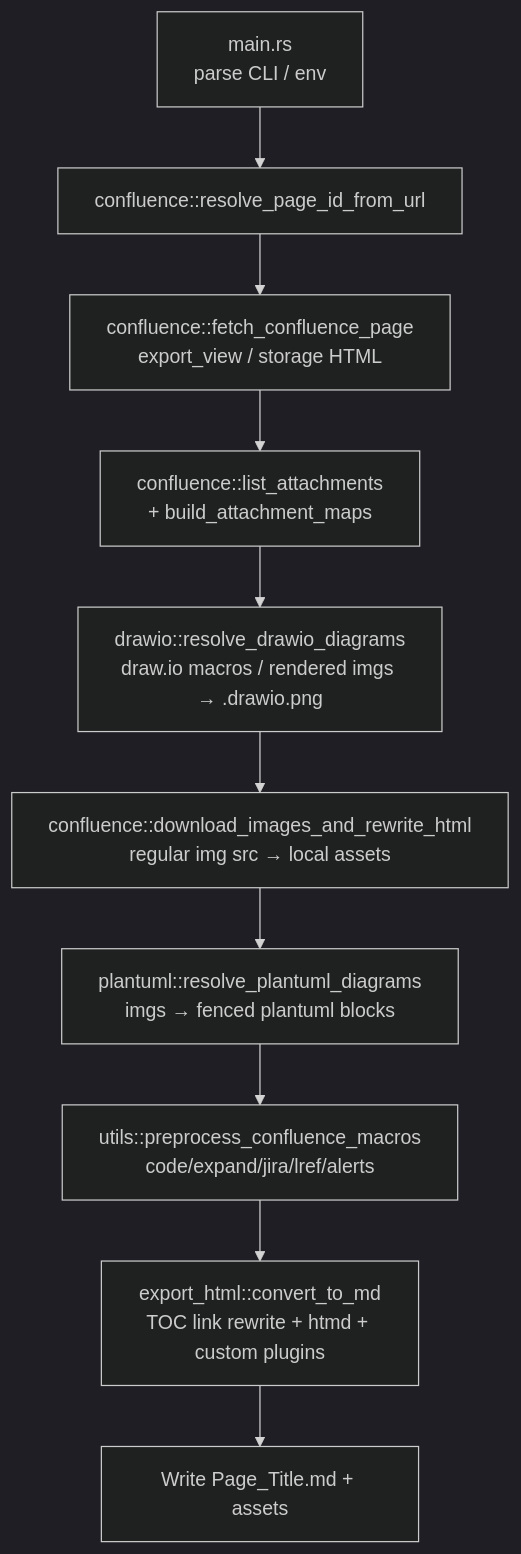
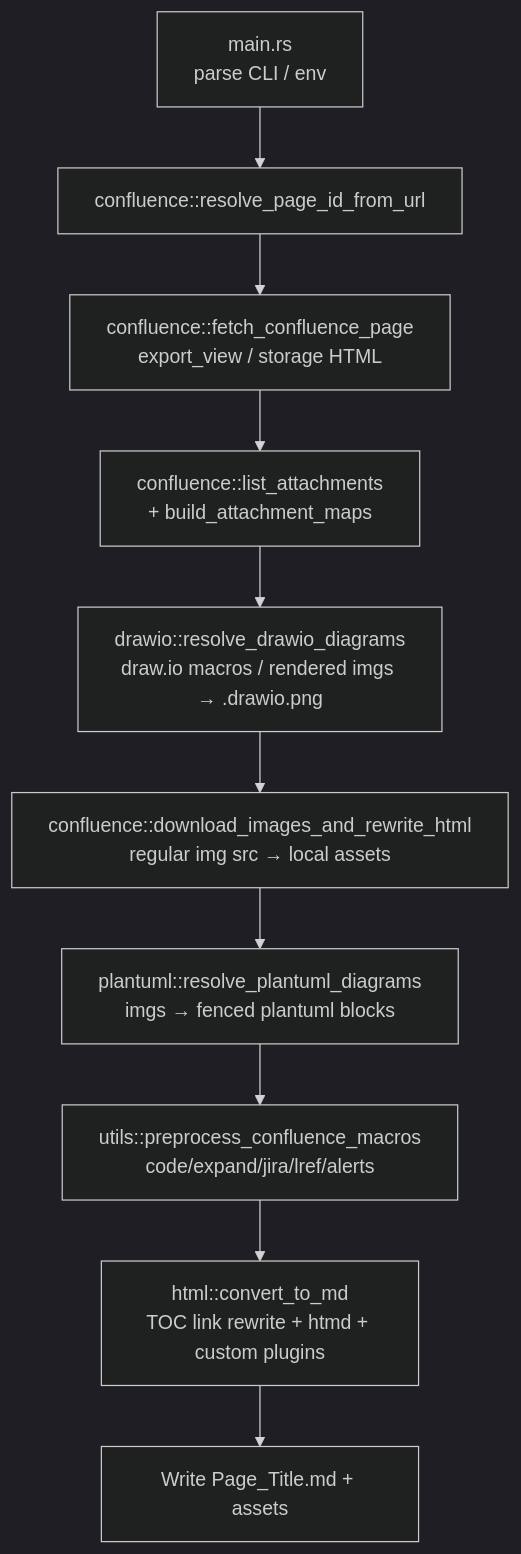
Before and after one commit to Toyota/confluence2md: the second of 6 diagrams in ARCHITECTURE.md, drawn with Mermaid (dark theme). The commit also changed other lines of this file and 6 other files, not shown here.

Commit message:
refactor: rename `export_html.rs` to `html.rs` for readability

````diff
--- a/ARCHITECTURE.md
+++ b/ARCHITECTURE.md
@@ -51,12 +51,12 @@
 ```mermaid
 flowchart TD
     A[main.rs<br/>parse CLI / env] --> B[confluence::resolve_page_id_from_url]
     B --> C[confluence::fetch_confluence_page<br/>export_view / storage HTML]
     C --> D[confluence::list_attachments<br/>+ build_attachment_maps]
     D --> E[drawio::resolve_drawio_diagrams<br/>draw.io macros / rendered imgs → .drawio.png]
     E --> F[confluence::download_images_and_rewrite_html<br/>regular img src → local assets]
     F --> G[plantuml::resolve_plantuml_diagrams<br/>imgs → fenced plantuml blocks]
     G --> H[utils::preprocess_confluence_macros<br/>code/expand/jira/lref/alerts]
-    H --> I[export_html::convert_to_md<br/>TOC link rewrite + htmd + custom plugins]
+    H --> I[html::convert_to_md<br/>TOC link rewrite + htmd + custom plugins]
     I --> J[Write Page_Title.md + assets]
 ```
````
